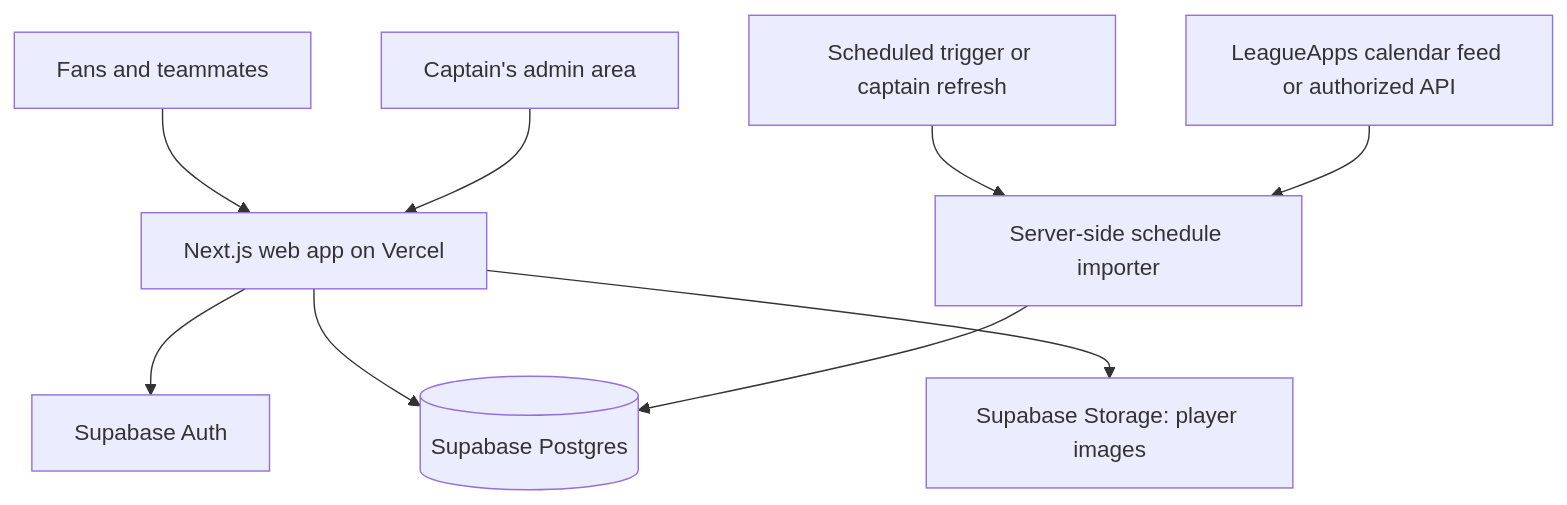
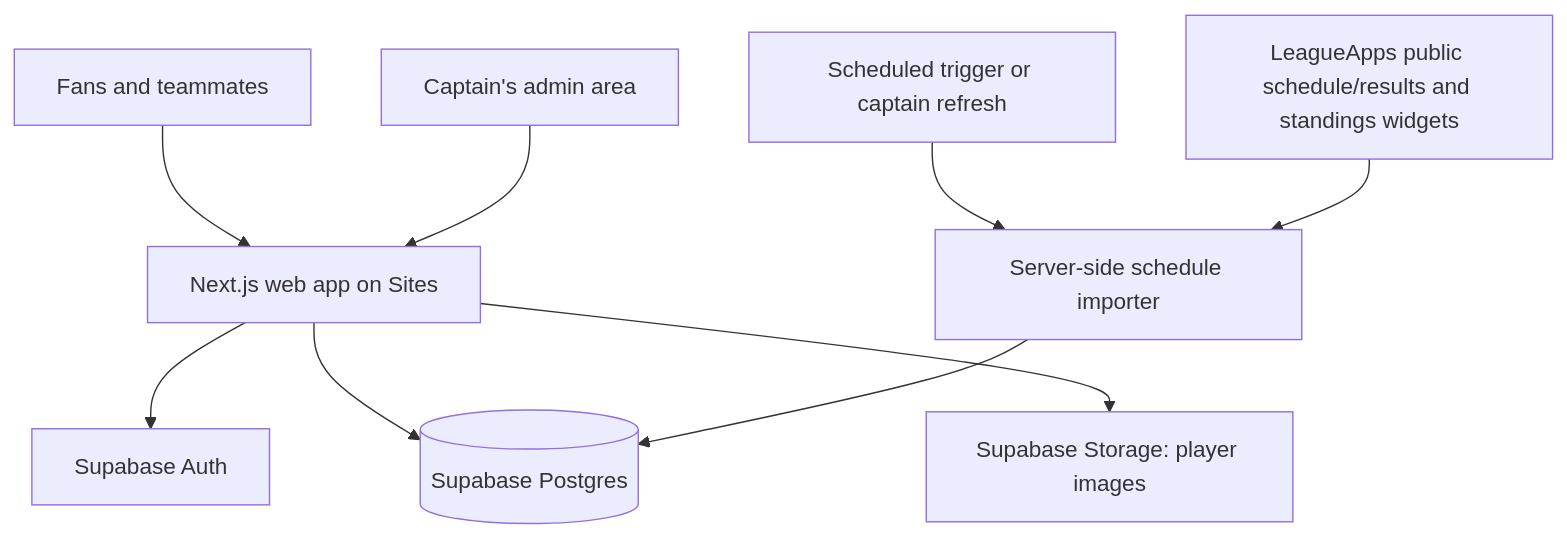
The diagram in docs/architecture.md (njk345/MauveFC), drawn with Mermaid before and after one commit. The commit also changed other lines of this file and 16 other files, not shown here.

````diff
--- a/docs/architecture.md
+++ b/docs/architecture.md
@@ -34,11 +36,11 @@
 ```mermaid
 flowchart TD
-    Fans[Fans and teammates] --> App[Next.js web app on Vercel]
+    Fans[Fans and teammates] --> App[Next.js web app on Sites]
     Captains[Captain's admin area] --> App
     App --> Auth[Supabase Auth]
     App --> DB[(Supabase Postgres)]
     App --> Media[Supabase Storage: player images]
     Timer[Scheduled trigger or captain refresh] --> Import[Server-side schedule importer]
-    Feed[LeagueApps calendar feed or authorized API] --> Import
+    Feed[LeagueApps public schedule/results and standings widgets] --> Import
     Import --> DB
 ```
````
